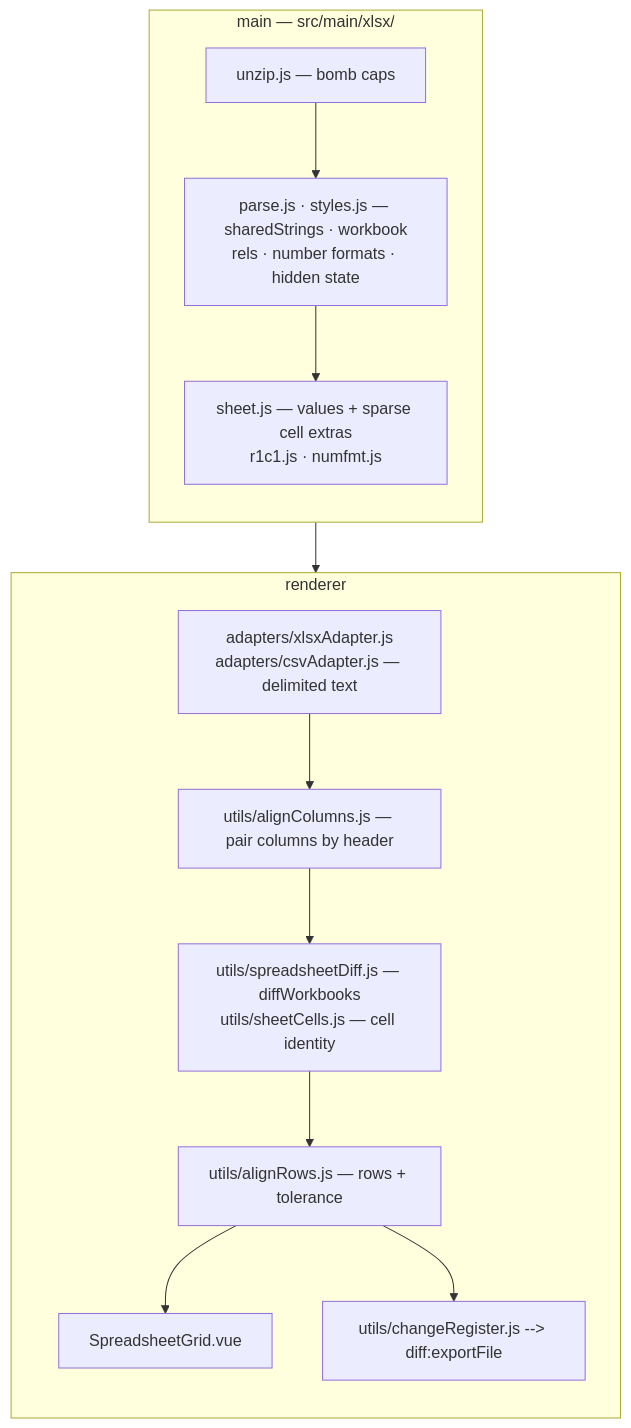
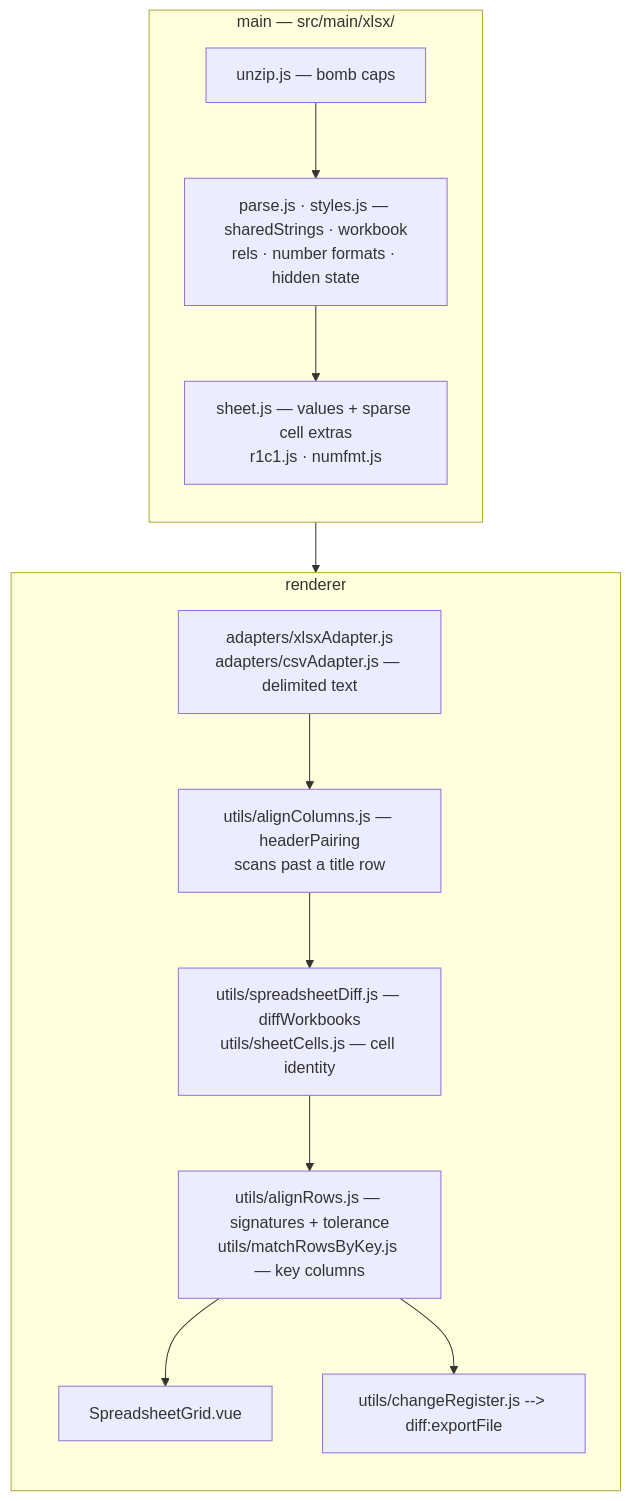
Before and after one commit to mindaugaskasp/diff-bro: the first of 9 diagrams in docs/roadmap.md, drawn with Mermaid. The commit also changed other lines of this file and 40 other files, not shown here.

First line of the commit message:
Spreadsheet row identity, header rows under a title, and a Mermaid pair that opens as a picture (#51)

````diff
--- a/docs/roadmap.md
+++ b/docs/roadmap.md
@@ -17,20 +19,20 @@
 ```mermaid
 flowchart TB
   subgraph mainp["main — src/main/xlsx/"]
     direction TB
     z["unzip.js — bomb caps"]
     p["parse.js · styles.js — sharedStrings · workbook<br>rels · number formats · hidden state"]
     sh["sheet.js — values + sparse cell extras<br>r1c1.js · numfmt.js"]
     z --> p
     p --> sh
   end
   sh --> ad["adapters/xlsxAdapter.js<br>adapters/csvAdapter.js — delimited text"]
   subgraph rend["renderer"]
     direction TB
-    ad --> ac["utils/alignColumns.js — pair columns by header"]
+    ad --> ac["utils/alignColumns.js — headerPairing<br>scans past a title row"]
     ac --> dw["utils/spreadsheetDiff.js — diffWorkbooks<br>utils/sheetCells.js — cell identity"]
-    dw --> al["utils/alignRows.js — rows + tolerance"]
+    dw --> al["utils/alignRows.js — signatures + tolerance<br>utils/matchRowsByKey.js — key columns"]
     al --> g["SpreadsheetGrid.vue"]
     al --> cr["utils/changeRegister.js --> diff:exportFile"]
   end
 ```
````
